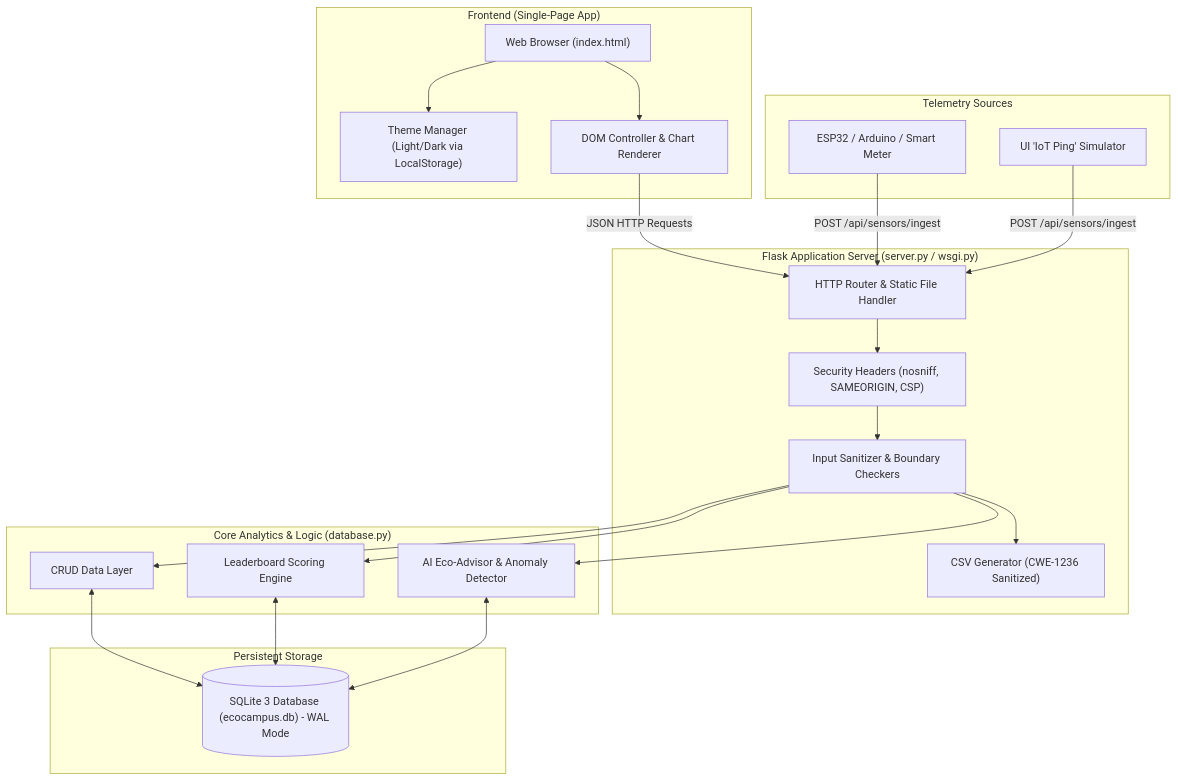
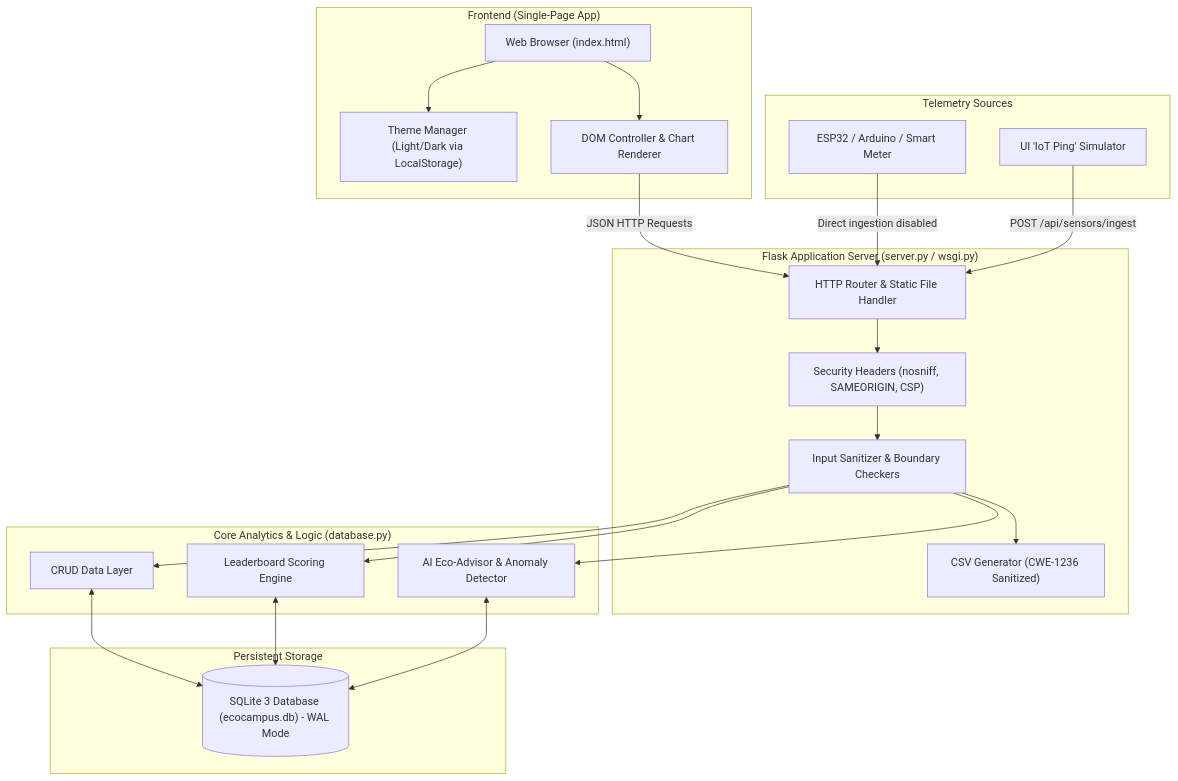
One commit to yashbhawsar2004/kaushal_Alpha_coders8.0 changed the first of 2 diagrams in README.md. Above: the diagram before and after it, drawn with Mermaid. The commit also changed other lines of this file and 8 other files, not shown here.

````diff
--- a/README.md
+++ b/README.md
@@ -100,45 +100,45 @@
 ```mermaid
 graph TD
     subgraph Client ["Frontend (Single-Page App)"]
         UI["Web Browser (index.html)"]
         Theme["Theme Manager (Light/Dark via LocalStorage)"]
         DOM["DOM Controller & Chart Renderer"]
         UI --> Theme
         UI --> DOM
     end
 
     subgraph IoT ["Telemetry Sources"]
         SmartMeter["ESP32 / Arduino / Smart Meter"]
         Sim["UI 'IoT Ping' Simulator"]
     end
 
     subgraph Server ["Flask Application Server (server.py / wsgi.py)"]
         Router["HTTP Router & Static File Handler"]
         Security["Security Headers (nosniff, SAMEORIGIN, CSP)"]
         Validator["Input Sanitizer & Boundary Checkers"]
         CSVExport["CSV Generator (CWE-1236 Sanitized)"]
         Router --> Security
         Security --> Validator
         Validator --> CSVExport
     end
 
     subgraph Engine ["Core Analytics & Logic (database.py)"]
         DBOps["CRUD Data Layer"]
         LeaderEngine["Leaderboard Scoring Engine"]
         AdvisorEngine["AI Eco-Advisor & Anomaly Detector"]
     end
 
     subgraph Storage ["Persistent Storage"]
         SQLite[("SQLite 3 Database (ecocampus.db) - WAL Mode")]
     end
 
     DOM -- "JSON HTTP Requests" --> Router
-    SmartMeter -- "POST /api/sensors/ingest" --> Router
+    SmartMeter -- "Direct ingestion disabled" --> Router
     Sim -- "POST /api/sensors/ingest" --> Router
     Validator --> DBOps
     Validator --> LeaderEngine
     Validator --> AdvisorEngine
     DBOps <--> SQLite
     LeaderEngine <--> SQLite
     AdvisorEngine <--> SQLite
 ```
````
